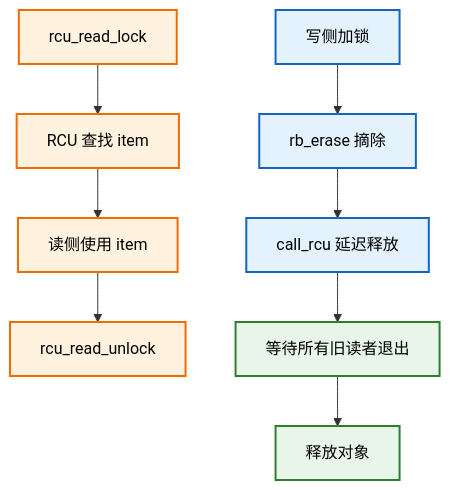
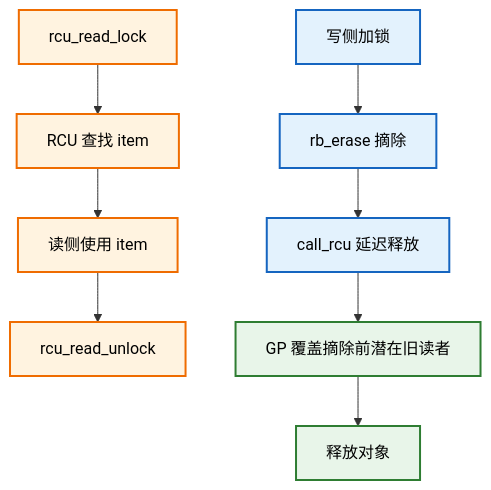
One commit to FormingSystem/linux_note changed diagram 50 of 51 in knowledge/linux/data_structures/红黑树_rb-tree/P09_Linux_6.12_内核_rbtree_嵌入式节点与使用者接口.md. Above: the diagram before and after it, drawn with Mermaid. The commit also changed other lines of this file and 22 other files, not shown here.

````diff
--- a/knowledge/linux/data_structures/红黑树_rb-tree/P09_Linux_6.12_内核_rbtree_嵌入式节点与使用者接口.md
+++ b/knowledge/linux/data_structures/红黑树_rb-tree/P09_Linux_6.12_内核_rbtree_嵌入式节点与使用者接口.md
@@ -4047,30 +4047,30 @@
 ```mermaid
 graph TD
 	rcu_read["rcu_read_lock"]
 	search_rcu["RCU 查找 item"]
 	use_item["读侧使用 item"]
 	rcu_unlock["rcu_read_unlock"]
 
 	writer_lock["写侧加锁"]
 	erase_node["rb_erase 摘除"]
 	call_rcu_node["call_rcu 延迟释放"]
-	grace_period["等待所有旧读者退出"]
+	grace_period["GP 覆盖摘除前潜在旧读者"]
 	free_obj["释放对象"]
 
 	rcu_read --> search_rcu
 	search_rcu --> use_item
 	use_item --> rcu_unlock
 
 	writer_lock --> erase_node
 	erase_node --> call_rcu_node
 	call_rcu_node --> grace_period
 	grace_period --> free_obj
 
 	classDef rcu fill:#fff3e0,stroke:#ef6c00,color:#000,stroke-width:2px;
 	classDef writer fill:#e3f2fd,stroke:#1565c0,color:#000,stroke-width:2px;
 	classDef free fill:#e8f5e9,stroke:#2e7d32,color:#000,stroke-width:2px;
 
 	class rcu_read,search_rcu,use_item,rcu_unlock rcu;
 	class writer_lock,erase_node,call_rcu_node writer;
 	class grace_period,free_obj free;
 ```
````
